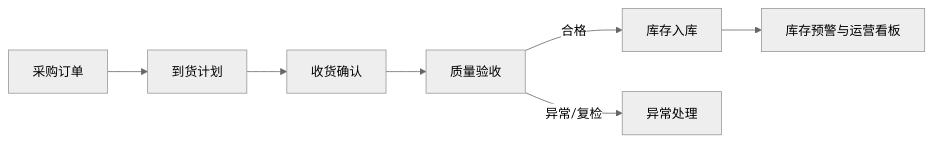
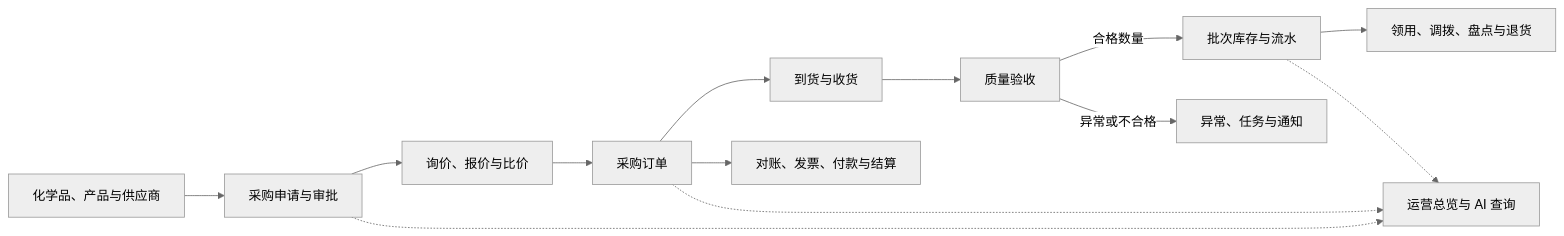
Before and after one commit to jialexiao341-glitch/chemical-ops: the second of 2 diagrams in README.md, drawn with Mermaid (neutral theme). The commit also changed other lines of this file and 11 other files, not shown here.

````diff
--- a/README.md
+++ b/README.md
@@ -19,9 +67,15 @@
 ```mermaid
 flowchart LR
-    A[采购订单] --> B[到货计划]
-    B --> C[收货确认]
-    C --> D[质量验收]
-    D -->|合格| E[库存入库]
-    D -->|异常/复检| F[异常处理]
-    E --> G[库存预警与运营看板]
+    MD[化学品、产品与供应商] --> PR[采购申请与审批]
+    PR --> RFQ[询价、报价与比价]
+    RFQ --> PO[采购订单]
+    PO --> DEL[到货与收货]
+    DEL --> QA[质量验收]
+    QA -->|合格数量| INV[批次库存与流水]
+    QA -->|异常或不合格| EX[异常、任务与通知]
+    INV --> WH[领用、调拨、盘点与退货]
+    PO --> FIN[对账、发票、付款与结算]
+    PR -.-> DASH[运营总览与 AI 查询]
+    PO -.-> DASH
+    INV -.-> DASH
 ```
````
